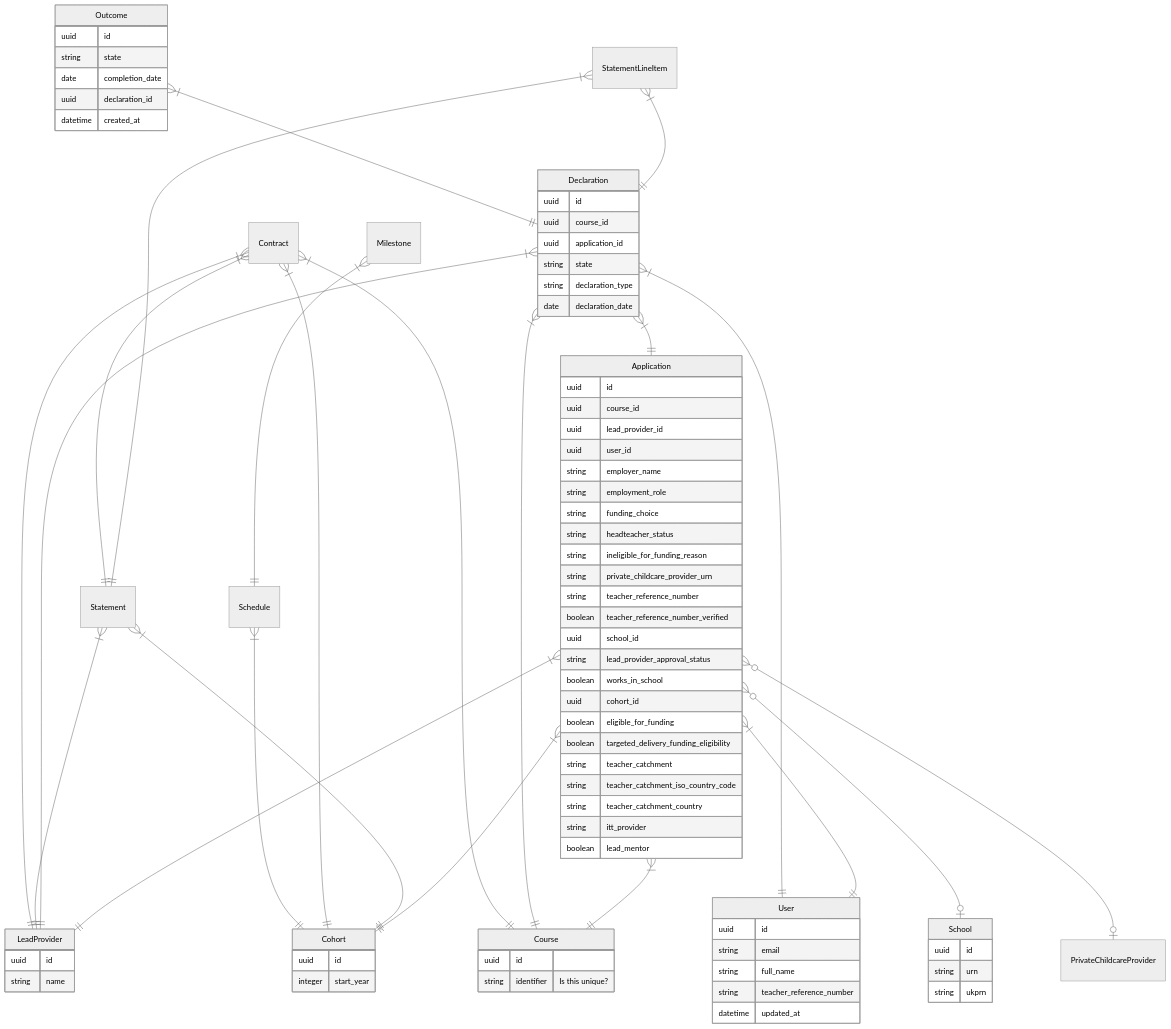
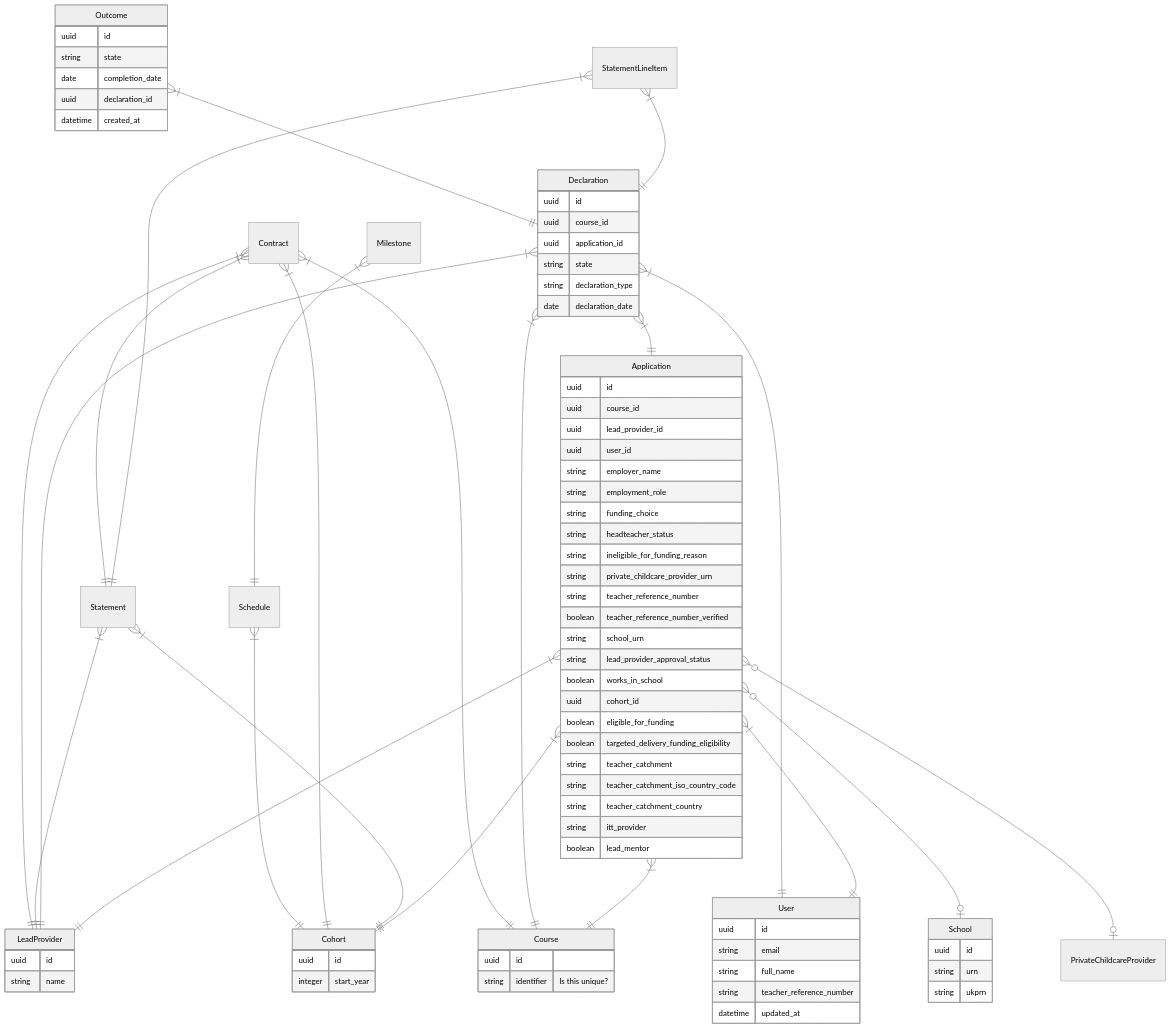
Before and after one commit to DFE-Digital/npq-separation: the diagram in data-modelling.md, drawn with Mermaid (neutral theme).

Commit message:
Use urn for school

```diff
--- a/data-modelling.md
+++ b/data-modelling.md
@@ -78,7 +78,7 @@
         string private_childcare_provider_urn
         string teacher_reference_number
         boolean teacher_reference_number_verified
-        uuid school_id
+        string school_urn
         string lead_provider_approval_status
         boolean works_in_school
         uuid cohort_id
```
